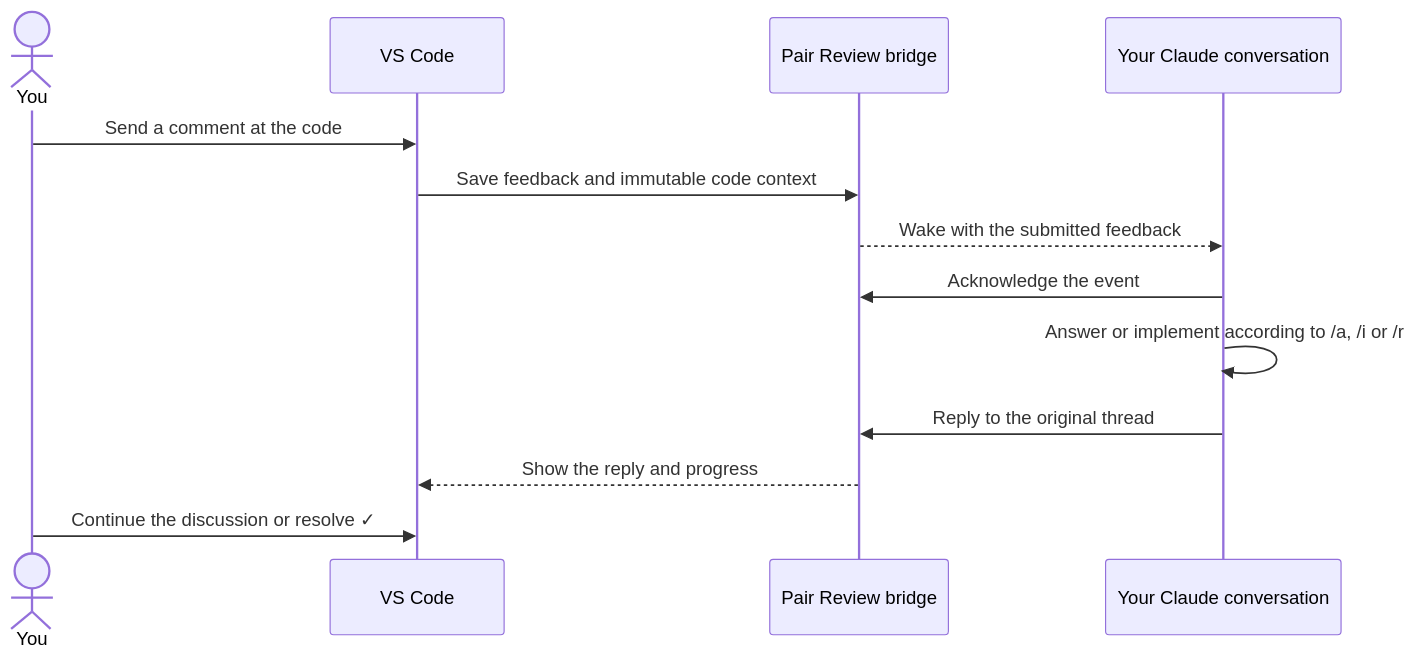
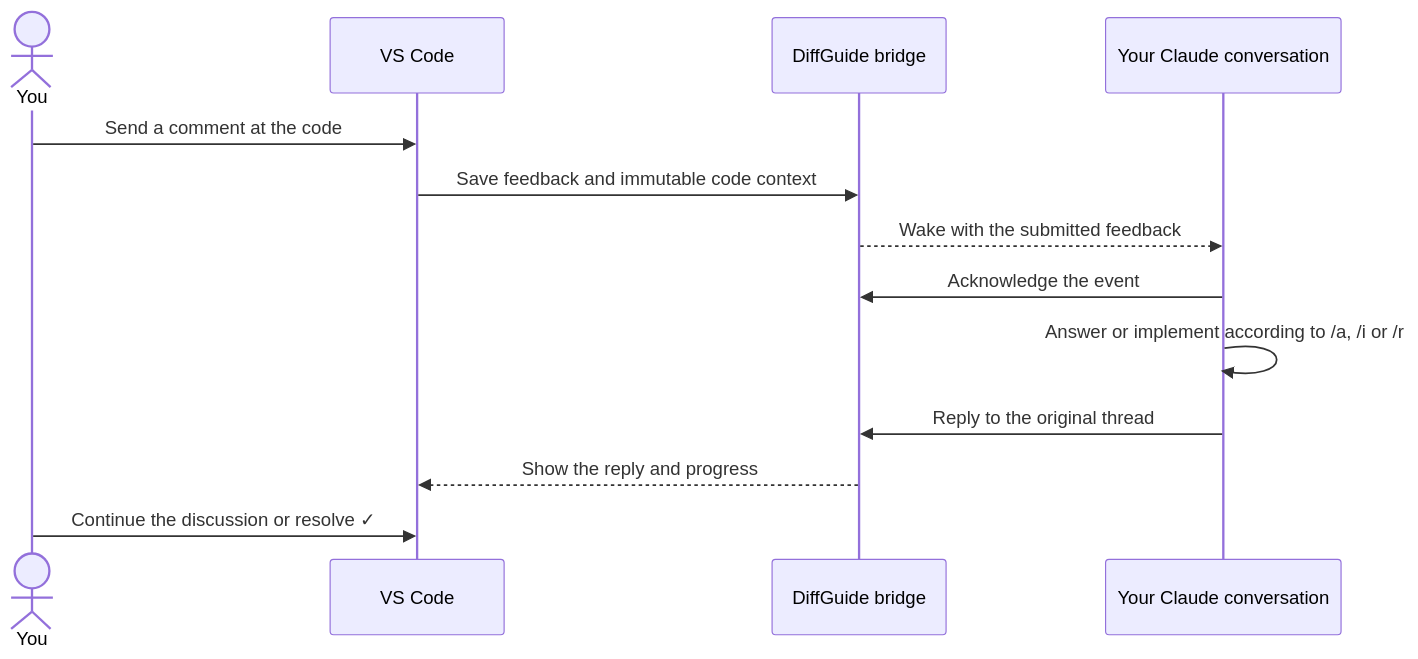
One commit to kaiketsu-labs/diffguide changed the second of 2 diagrams in README.md. Above: the diagram before and after it, drawn with Mermaid. The commit also changed other lines of this file and 99 other files, not shown here.

First line of the commit message:
feat!: rebrand pair review to diffguide (#41)

````diff
--- a/README.md
+++ b/README.md
@@ -114,15 +128,15 @@
 ```mermaid
 sequenceDiagram
     actor You
     participant VS as VS Code
-    participant Local as Pair Review bridge
+    participant Local as DiffGuide bridge
     participant Claude as Your Claude conversation
     You->>VS: Send a comment at the code
     VS->>Local: Save feedback and immutable code context
     Local-->>Claude: Wake with the submitted feedback
     Claude->>Local: Acknowledge the event
     Claude->>Claude: Answer or implement according to /a, /i or /r
     Claude->>Local: Reply to the original thread
     Local-->>VS: Show the reply and progress
     You->>VS: Continue the discussion or resolve ✓
 ```
````
